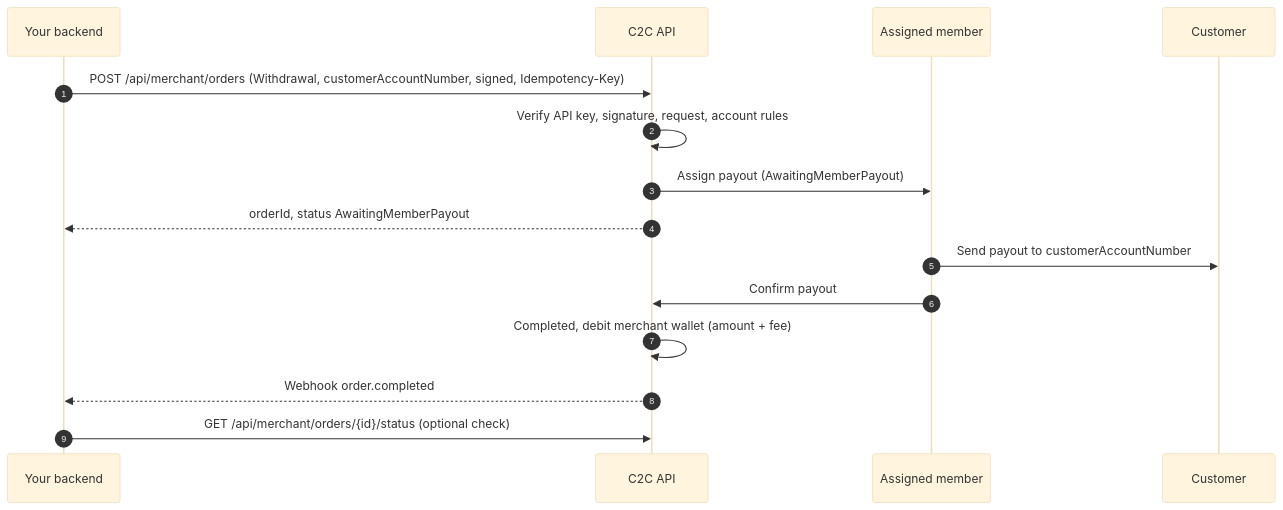
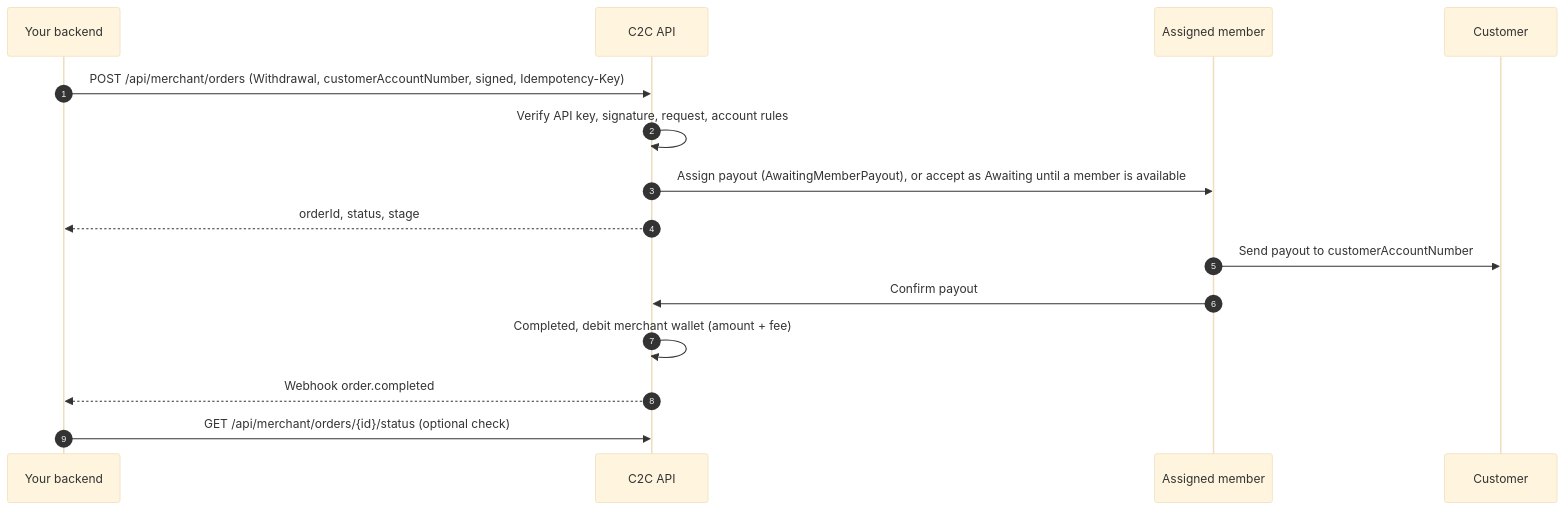
The first of 2 diagrams in guides/withdrawal-flow.mdx (harisnaseer191/c2c-mintlify-docs), drawn with Mermaid (base theme) before and after one commit. The commit also changed other lines of this file and 15 other files, not shown here.

First line of the commit message:
Document order lifecycle, Awaiting queue and webhook delivery changes (#2)

````diff
--- a/guides/withdrawal-flow.mdx
+++ b/guides/withdrawal-flow.mdx
@@ -14,18 +14,18 @@
 ```mermaid
 sequenceDiagram
     autonumber
     participant Merchant as Your backend
     participant C2C as C2C API
     participant Member as Assigned member
     participant Customer
 
     Merchant->>C2C: POST /api/merchant/orders (Withdrawal, customerAccountNumber, signed, Idempotency-Key)
     C2C->>C2C: Verify API key, signature, request, account rules
-    C2C->>Member: Assign payout (AwaitingMemberPayout)
-    C2C-->>Merchant: orderId, status AwaitingMemberPayout
+    C2C->>Member: Assign payout (AwaitingMemberPayout), or accept as Awaiting until a member is available
+    C2C-->>Merchant: orderId, status, stage
     Member->>Customer: Send payout to customerAccountNumber
     Member->>C2C: Confirm payout
     C2C->>C2C: Completed, debit merchant wallet (amount + fee)
     C2C-->>Merchant: Webhook order.completed
     Merchant->>C2C: GET /api/merchant/orders/{id}/status (optional check)
 ```
````
